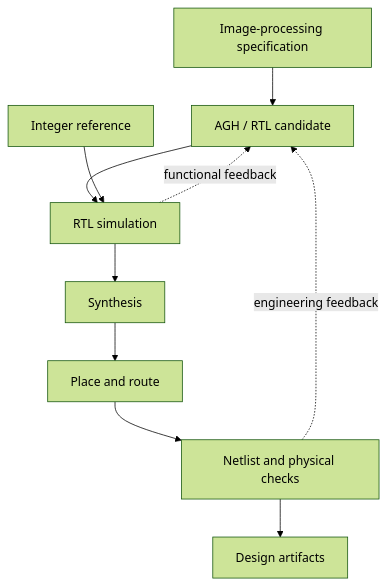
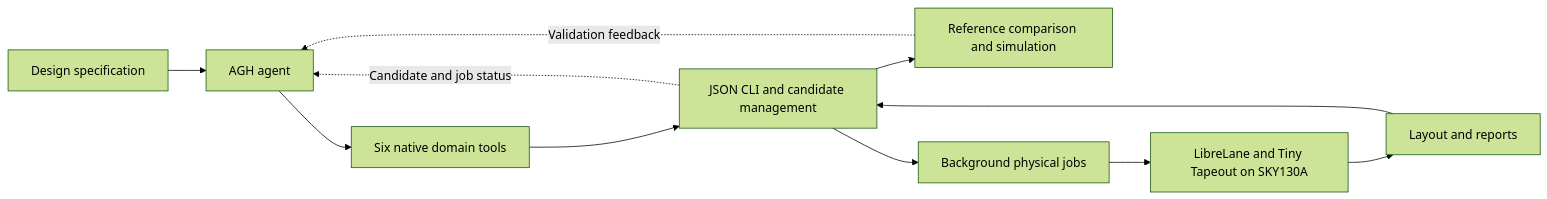
The diagram in README.md (08171109/ChipForge), drawn with Mermaid (forest theme) before and after one commit. The commit also changed other lines of this file and 1 other file, not shown here.

````diff
--- a/README.md
+++ b/README.md
@@ -60,12 +33,13 @@
 ```mermaid
-flowchart TD
-    spec[Image-processing specification] --> agent[AGH / RTL candidate]
-    agent --> sim[RTL simulation]
-    reference[Integer reference] --> sim
-    sim --> synth[Synthesis]
-    synth --> route[Place and route]
-    route --> verify[Netlist and physical checks]
-    verify --> deliver[Design artifacts]
-    sim -.functional feedback.-> agent
-    verify -.engineering feedback.-> agent
+flowchart LR
+    Spec[Design specification] --> Agent[AGH agent]
+    Agent --> Plugin[Six native domain tools]
+    Plugin --> Executor[JSON CLI and candidate management]
+    Executor --> Sim[Reference comparison and simulation]
+    Sim -. Validation feedback .-> Agent
+    Executor --> Jobs[Background physical jobs]
+    Jobs --> Physical[LibreLane and Tiny Tapeout on SKY130A]
+    Physical --> Results[Layout and reports]
+    Results --> Executor
+    Executor -. Candidate and job status .-> Agent
 ```
````
